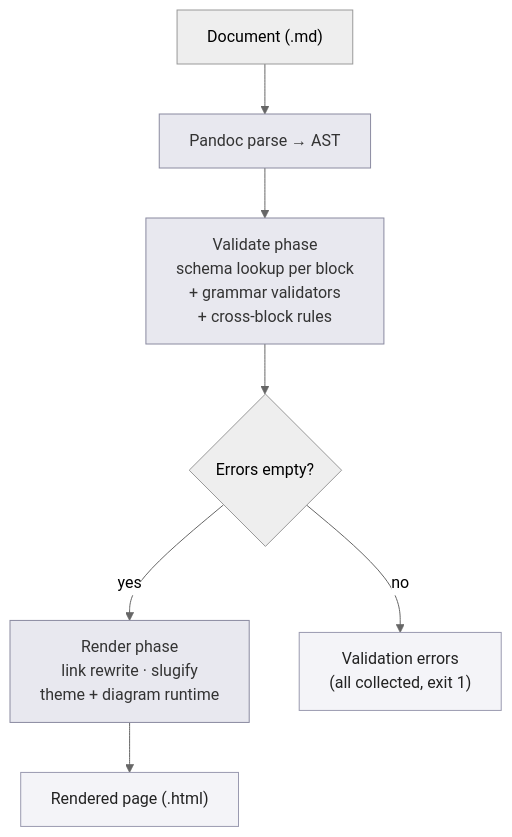
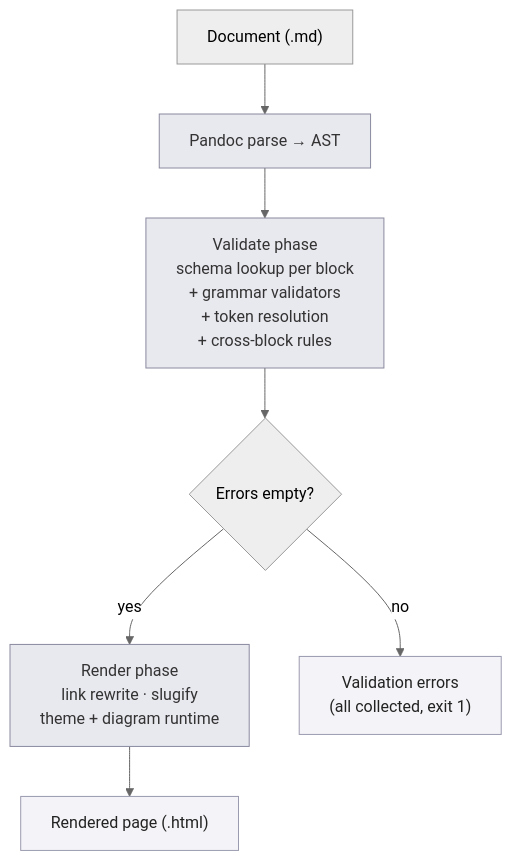
Before and after one commit to lostbean/richmd: the diagram in docs/design/design.md, drawn with Mermaid (neutral theme). The commit also changed other lines of this file and 17 other files, not shown here.

````diff
--- a/docs/design/design.md
+++ b/docs/design/design.md
@@ -209,19 +226,19 @@
 ```mermaid
 graph TD
     Doc["Document (.md)"]
     Parse["Pandoc parse → AST"]
-    Validate["Validate phase\nschema lookup per block\n+ grammar validators\n+ cross-block rules"]
+    Validate["Validate phase\nschema lookup per block\n+ grammar validators\n+ token resolution\n+ cross-block rules"]
     Gate{"Errors empty?"}
     Render["Render phase\nlink rewrite · slugify\ntheme + diagram runtime"]
     Page["Rendered page (.html)"]
     Errors["Validation errors\n(all collected, exit 1)"]
 
     Doc --> Parse --> Validate --> Gate
     Gate -->|yes| Render --> Page
     Gate -->|no| Errors
 
     classDef core fill:#e8e8ef,stroke:#8a8aa0,color:#333;
     classDef terminal fill:#f4f4f8,stroke:#9a9ab0,color:#222;
     class Parse,Validate,Render core;
     class Page,Errors terminal;
 ```
````
